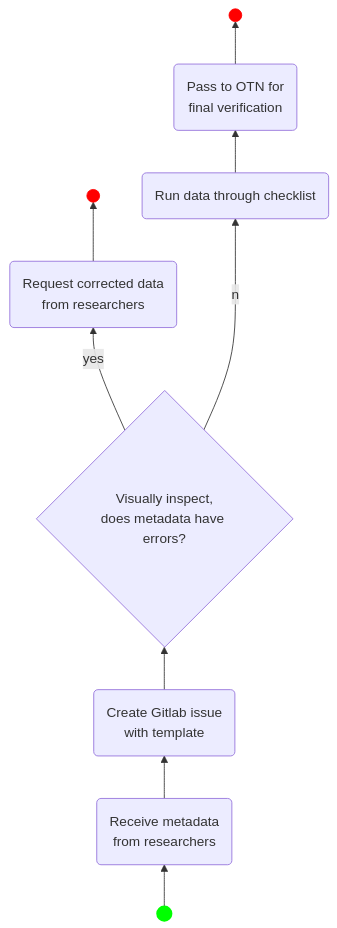
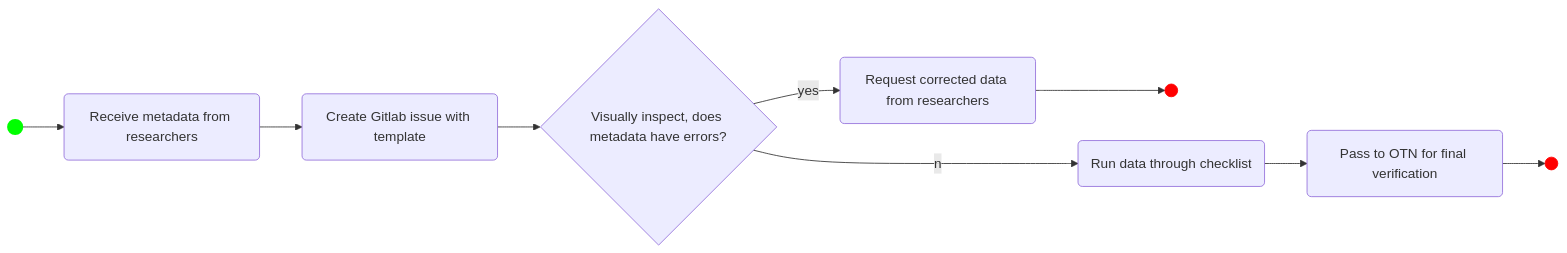
One commit to ocean-tracking-network/node-manager-training changed the diagram in _episodes/04_workflow_gitlab_dbeaver.md. Above: the diagram before and after it, drawn with Mermaid.

Commit message:
Removed extra line to see if it would render

````diff
--- a/_episodes/04_workflow_gitlab_dbeaver.md
+++ b/_episodes/04_workflow_gitlab_dbeaver.md
@@ -26,20 +26,14 @@
 ```mermaid
-flowchart BT
-
-    data_start(( )) --> get_data(Receive metadata
-from researchers)
+flowchart LR
+    data_start(( )) --> get_data(Receive metadata from researchers)
     style data_start fill:#00FF00,stroke:#00FF00,stroke-width:4px
-    get_data --> gitlab(Create Gitlab issue
-with template)
-    gitlab --> viz{Visually inspect,
-does metadata have errors?}
-    viz --yes--> req(Request corrected data
-from researchers)
+    get_data --> gitlab(Create Gitlab issue with template)
+    gitlab --> viz{Visually inspect, does metadata have errors?}
+    viz --yes--> req(Request corrected data from researchers)
     req --> end1(( ))
     style end1 fill:#FF0000,stroke:#FF0000
     viz --no--> run_checklist(Run data through checklist)
-    run_checklist --> otn_part(Pass to OTN for
-final verification)
+    run_checklist --> otn_part(Pass to OTN for final verification)
     otn_part --> end2(( ))
     style end2 fill:#FF0000,stroke:#FF0000
 ```
````
